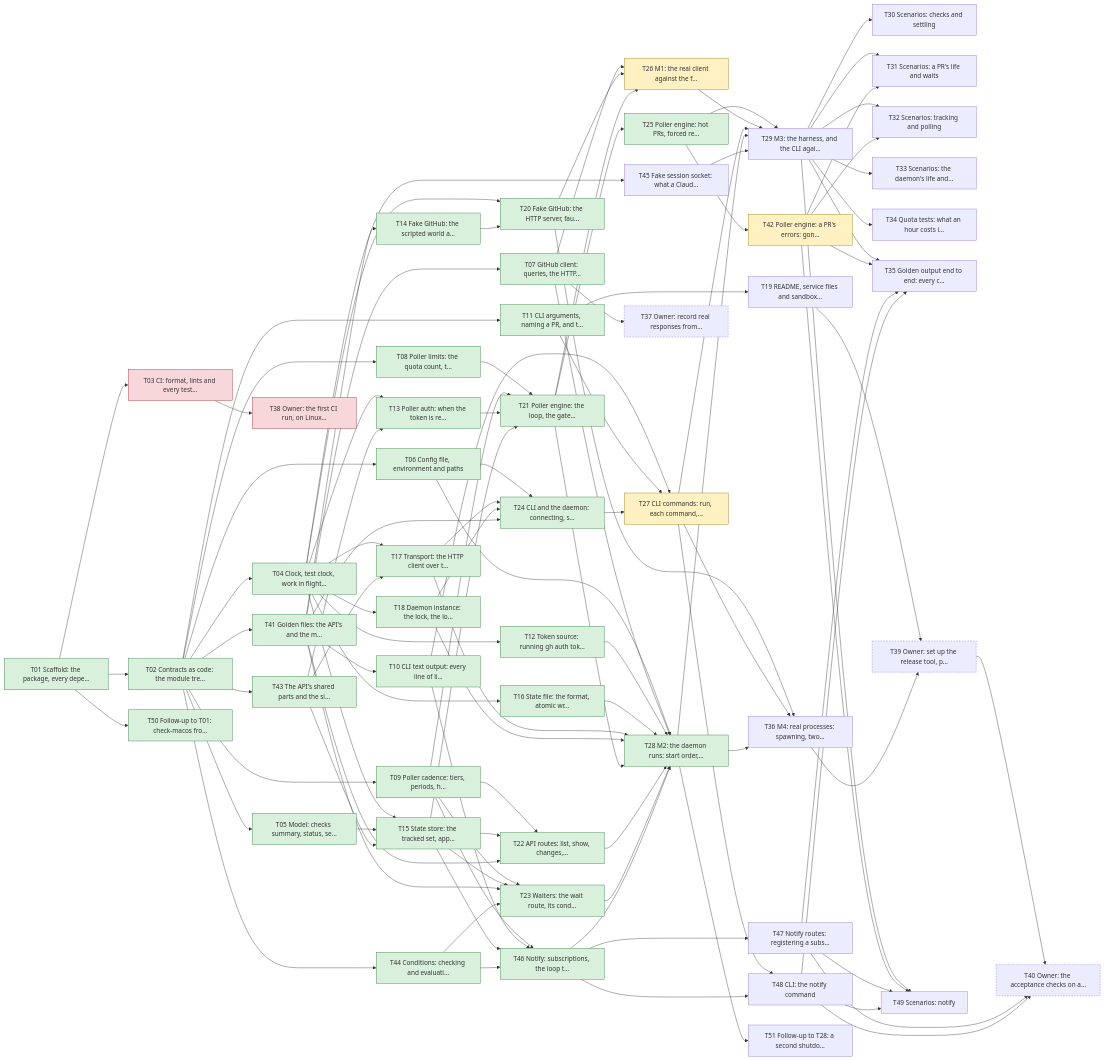
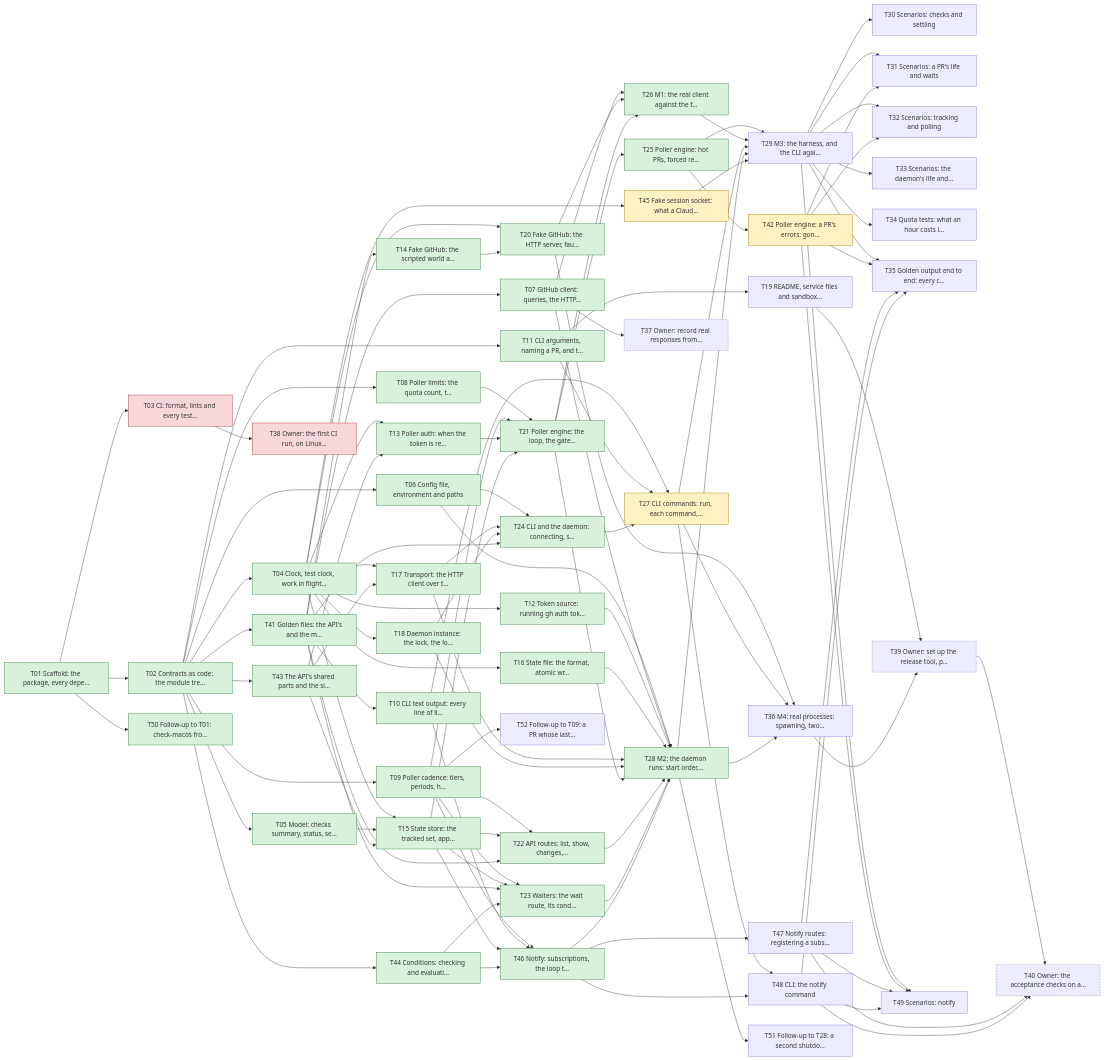
One commit to yachiko/circitor changed the diagram in plan/README.md. Above: the diagram before and after it, drawn with Mermaid. The commit also changed other lines of this file and 7 other files, not shown here.

Commit message:
Record T26 as done (M1); D12 and follow-up T52

```diff
--- a/plan/README.md
+++ b/plan/README.md
@@ -163,7 +164,7 @@
   T23["T23 Waiters: the wait route, its cond…"]:::done
   T24["T24 CLI and the daemon: connecting, s…"]:::done
   T25["T25 Poller engine: hot PRs, forced re…"]:::done
-  T26["T26 M1: the real client against the f…"]:::active
+  T26["T26 M1: the real client against the f…"]:::done
   T27["T27 CLI commands: run, each command,…"]:::active
   T28["T28 M2: the daemon runs: start order,…"]:::done
   T29["T29 M3: the harness, and the CLI agai…"]
@@ -182,13 +183,14 @@
   T42["T42 Poller engine: a PR's errors: gon…"]:::active
   T43["T43 The API's shared parts and the si…"]:::done
   T44["T44 Conditions: checking and evaluati…"]:::done
-  T45["T45 Fake session socket: what a Claud…"]
+  T45["T45 Fake session socket: what a Claud…"]:::active
   T46["T46 Notify: subscriptions, the loop t…"]:::done
   T47["T47 Notify routes: registering a subs…"]
   T48["T48 CLI: the notify command"]
   T49["T49 Scenarios: notify"]
   T50["T50 Follow-up to T01: check-macos fro…"]:::done
   T51["T51 Follow-up to T28: a second shutdo…"]
+  T52["T52 Follow-up to T09: a PR whose last…"]
   T01 --> T02
   T01 --> T03
   T02 --> T04
@@ -289,6 +291,7 @@
   T48 --> T49
   T01 --> T50
   T28 --> T51
+  T09 --> T52
   classDef done fill:#d8f0dc,stroke:#2f7d3b
   classDef active fill:#fff1c2,stroke:#a07800
   classDef blocked fill:#f8d7da,stroke:#a12a35
```
